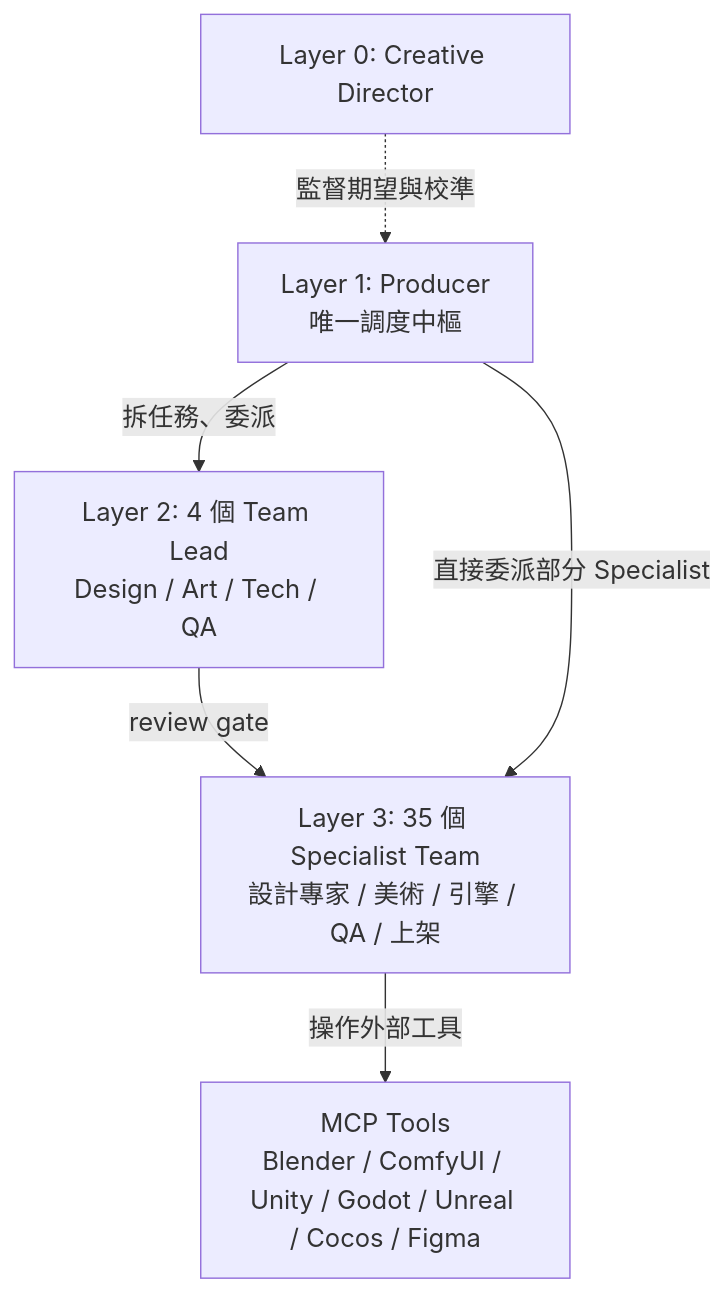
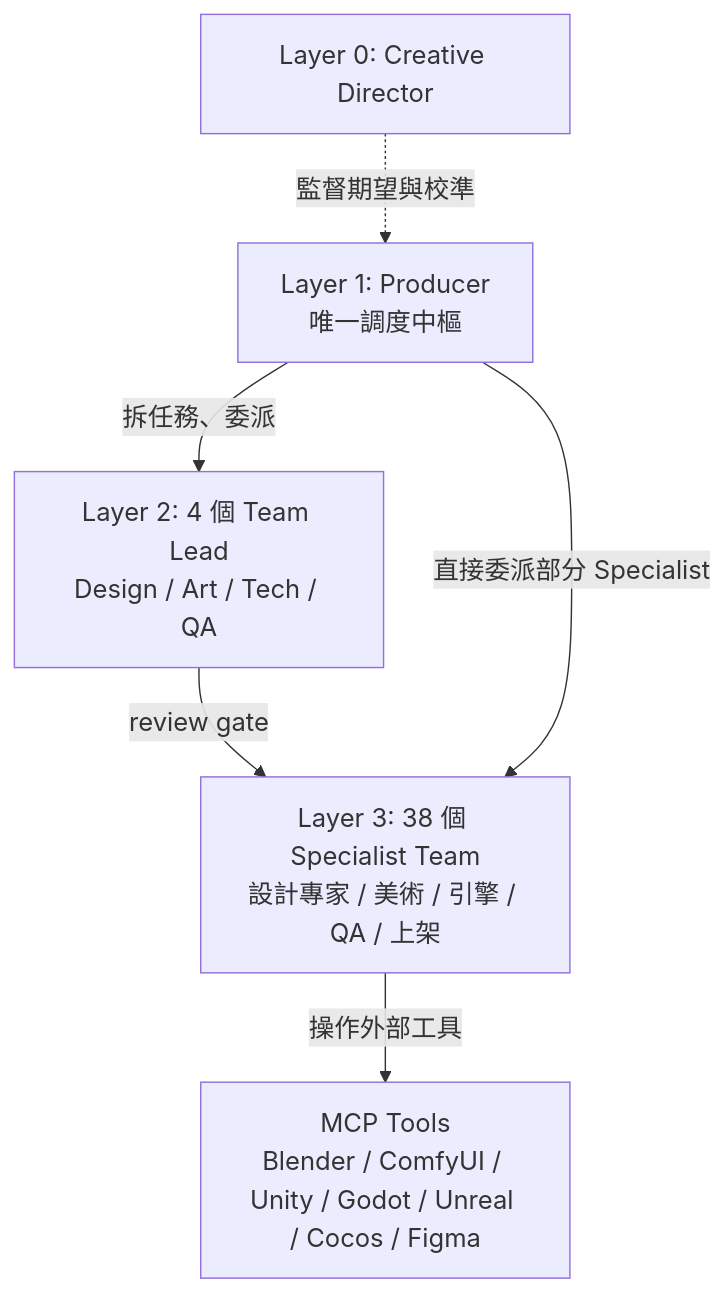
The first of 2 diagrams in README.md (hoycdanny/kiro-multi-agent-game-studio), drawn with Mermaid before and after one commit. The commit also changed other lines of this file and 8 other files, not shown here.

````diff
--- a/README.md
+++ b/README.md
@@ -269,15 +271,15 @@
 ```mermaid
 %%{init: {'themeVariables': {'fontSize': '18px'}}}%%
 graph TD
     CD[Layer 0: Creative Director]
     P[Layer 1: Producer<br/>唯一調度中樞]
     L2[Layer 2: 4 個 Team Lead<br/>Design / Art / Tech / QA]
-    L3[Layer 3: 35 個 Specialist Team<br/>設計專家 / 美術 / 引擎 / QA / 上架]
+    L3[Layer 3: 38 個 Specialist Team<br/>設計專家 / 美術 / 引擎 / QA / 上架]
     MCP[MCP Tools<br/>Blender / ComfyUI / Unity / Godot / Unreal / Cocos / Figma]
 
     CD -.->|監督期望與校準| P
     P -->|拆任務、委派| L2
     L2 -->|review gate| L3
     P -->|直接委派部分 Specialist| L3
     L3 -->|操作外部工具| MCP
 ```
````
